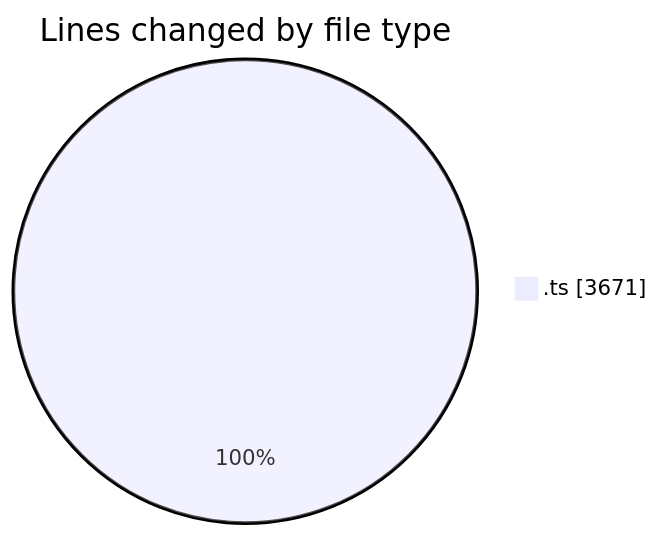
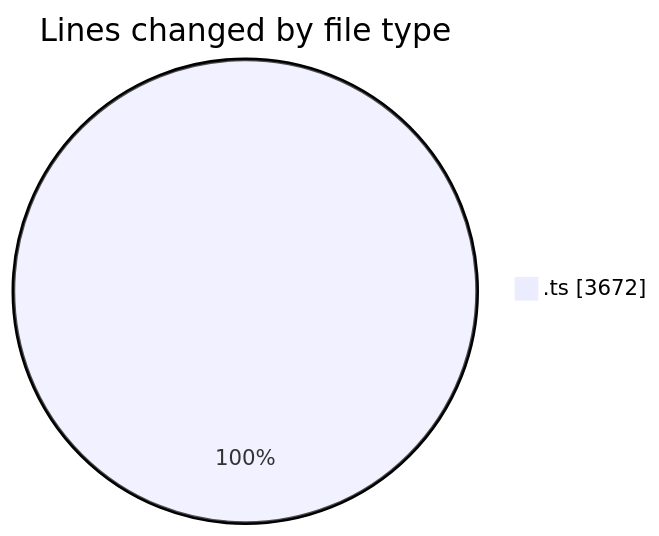
The first of 2 diagrams in 2025-07-25/cohera/README.md (JenPaints/code-tracking), drawn with Mermaid before and after one commit. The commit also changed other lines of this file and 1 other file, not shown here.

````diff
--- a/2025-07-25/cohera/README.md
+++ b/2025-07-25/cohera/README.md
@@ -25,5 +25,5 @@
 ```mermaid
 pie showData
 title Lines changed by file type
-".ts" : 3671
+".ts" : 3672
 ```
````
